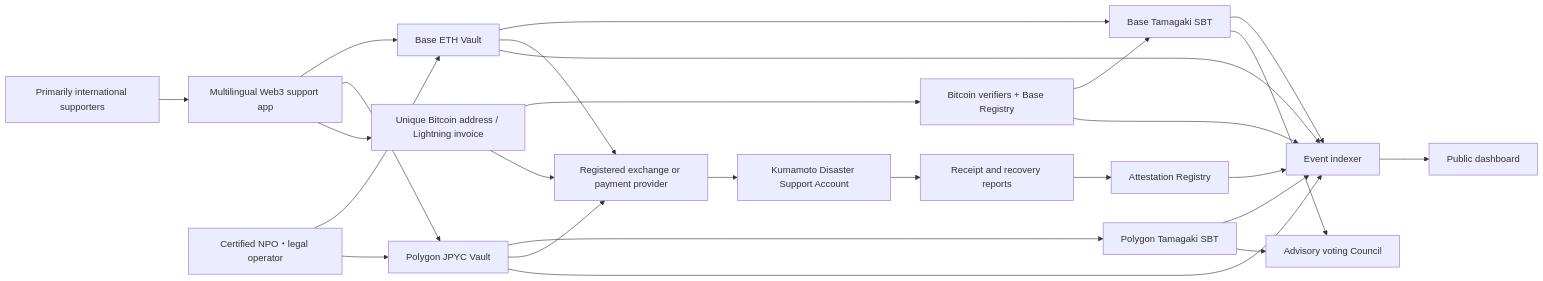
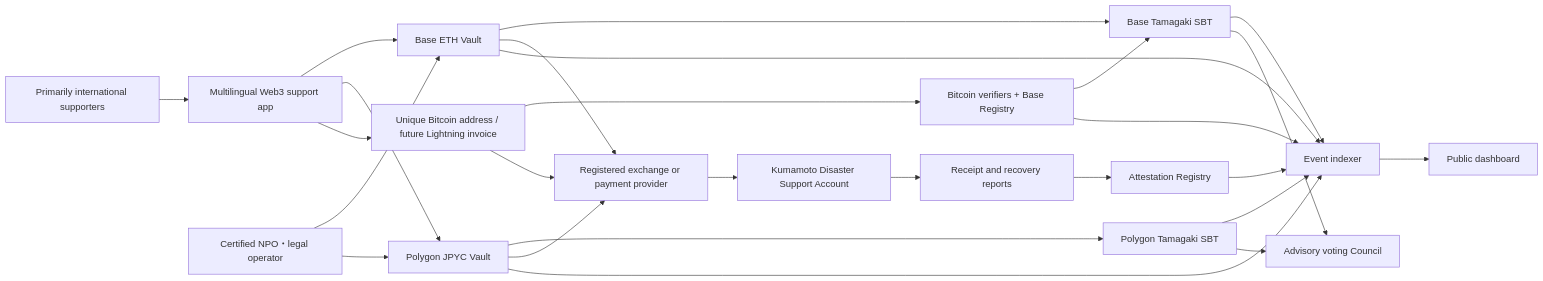
Before and after one commit to ShigeichiroYamasaki/yui-no-kaki-kumamoto: the first of 5 diagrams in docs/en/architecture.md, drawn with Mermaid. The commit also changed other lines of this file and 25 other files, not shown here.

Commit message:
Document secure Bitcoin and Lightning operations

````diff
--- a/docs/en/architecture.md
+++ b/docs/en/architecture.md
@@ -5,28 +5,28 @@
 ```mermaid
 flowchart LR
   S[Primarily international supporters] --> W[Multilingual Web3 support app]
   W --> BV[Base ETH Vault]
   W --> PV[Polygon JPYC Vault]
-  W --> BTC[Unique Bitcoin address / Lightning invoice]
+  W --> BTC[Unique Bitcoin address / future Lightning invoice]
   BTC --> BR[Bitcoin verifiers + Base Registry]
   N["Certified NPO・legal operator"] --> BV
   N --> PV
   BV --> BT[Base Tamagaki SBT]
   PV --> PT[Polygon Tamagaki SBT]
   BR --> BT
   BV --> X[Registered exchange or payment provider]
   PV --> X
   BTC --> X
   X --> K[Kumamoto Disaster Support Account]
   K --> A[Receipt and recovery reports]
   A --> R[Attestation Registry]
   BV --> I[Event indexer]
   PV --> I
   BT --> I
   PT --> I
   BR --> I
   R --> I
   I --> D[Public dashboard]
   BT --> C[Advisory voting Council]
   PT --> C
 ```
````
